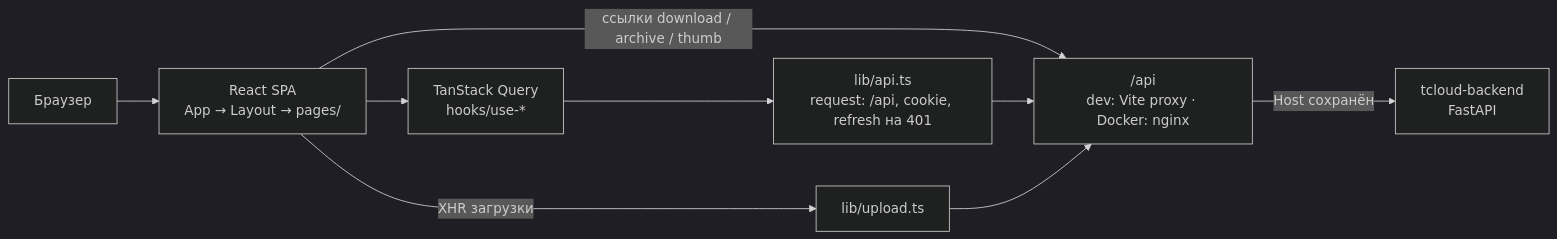
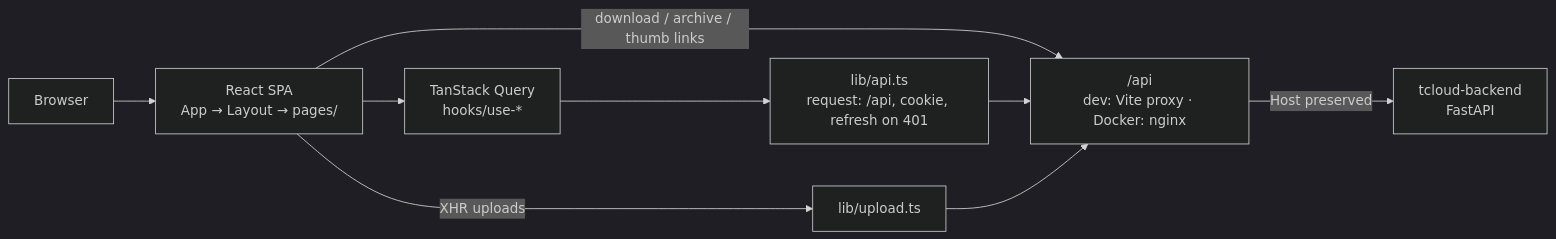
Before and after one commit to NikitkaZXC/tcloud-frontend: the diagram in README.md, drawn with Mermaid (dark theme). The commit also changed other lines of this file and 1 other file, not shown here.

````diff
--- a/README.md
+++ b/README.md
@@ -10,11 +16,11 @@
 ```mermaid
 flowchart LR
-    browser["Браузер"] --> app["React SPA<br/>App → Layout → pages/"]
+    browser["Browser"] --> app["React SPA<br/>App → Layout → pages/"]
     app --> query["TanStack Query<br/>hooks/use-*"]
-    query --> client["lib/api.ts<br/>request: /api, cookie, refresh на 401"]
-    app -- "XHR загрузки" --> upload["lib/upload.ts"]
-    app -- "ссылки download / archive / thumb" --> proxy
+    query --> client["lib/api.ts<br/>request: /api, cookie, refresh on 401"]
+    app -- "XHR uploads" --> upload["lib/upload.ts"]
+    app -- "download / archive / thumb links" --> proxy
     client --> proxy["/api<br/>dev: Vite proxy · Docker: nginx"]
     upload --> proxy
-    proxy -- "Host сохранён" --> backend["tcloud-backend<br/>FastAPI"]
+    proxy -- "Host preserved" --> backend["tcloud-backend<br/>FastAPI"]
 ```
````
